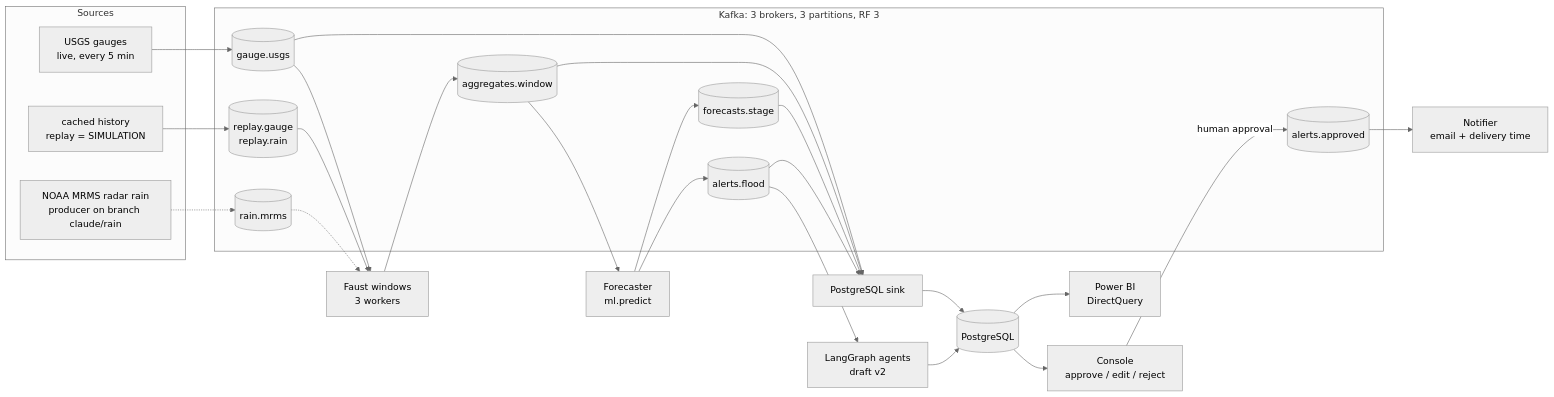
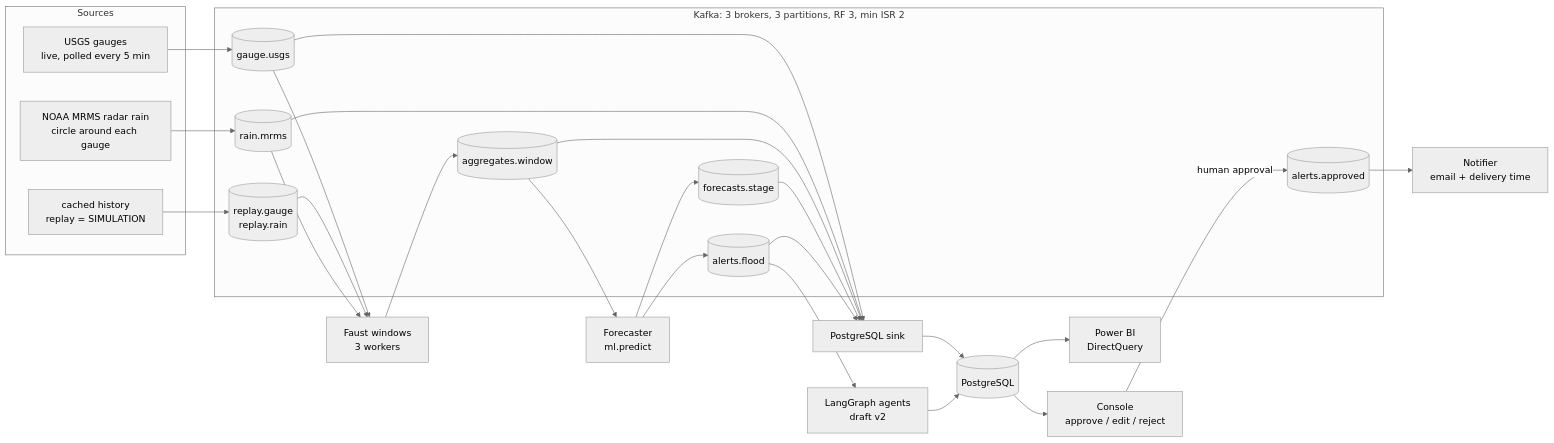
One commit to AmudhanS-05/DEWS changed the diagram in README.md. Above: the diagram before and after it, drawn with Mermaid (neutral theme). The commit also changed other lines of this file and 25 other files, not shown here.

````diff
--- a/README.md
+++ b/README.md
@@ -31,33 +37,33 @@
 ```mermaid
 flowchart LR
   subgraph Sources
-    USGS[USGS gauges<br/>live, every 5 min]
-    MRMS[NOAA MRMS radar rain<br/>producer on branch claude/rain]
+    USGS[USGS gauges<br/>live, polled every 5 min]
+    MRMS[NOAA MRMS radar rain<br/>circle around each gauge]
     HIST[cached history<br/>replay = SIMULATION]
   end
-  subgraph Kafka["Kafka: 3 brokers, 3 partitions, RF 3"]
+  subgraph Kafka["Kafka: 3 brokers, 3 partitions, RF 3, min ISR 2"]
     TG[(gauge.usgs)]
     TR[(rain.mrms)]
     TRP[(replay.gauge<br/>replay.rain)]
     TA[(aggregates.window)]
     TF[(forecasts.stage)]
     TAL[(alerts.flood)]
     TAP[(alerts.approved)]
   end
   USGS --> TG
-  MRMS -.-> TR
+  MRMS --> TR
   HIST --> TRP
   TG --> FA[Faust windows<br/>3 workers]
   TRP --> FA
-  TR -.-> FA
+  TR --> FA
   FA --> TA --> FC[Forecaster<br/>ml.predict]
   FC --> TF
   FC --> TAL
   TAL --> AG[LangGraph agents<br/>draft v2]
-  TG & TA & TF & TAL --> SK[PostgreSQL sink]
+  TG & TR & TA & TF & TAL --> SK[PostgreSQL sink]
   SK --> PG[(PostgreSQL)]
   AG --> PG
   PG --> CON[Console<br/>approve / edit / reject]
   PG --> BI[Power BI<br/>DirectQuery]
   CON -- human approval --> TAP --> NT[Notifier<br/>email + delivery time]
 ```
````
